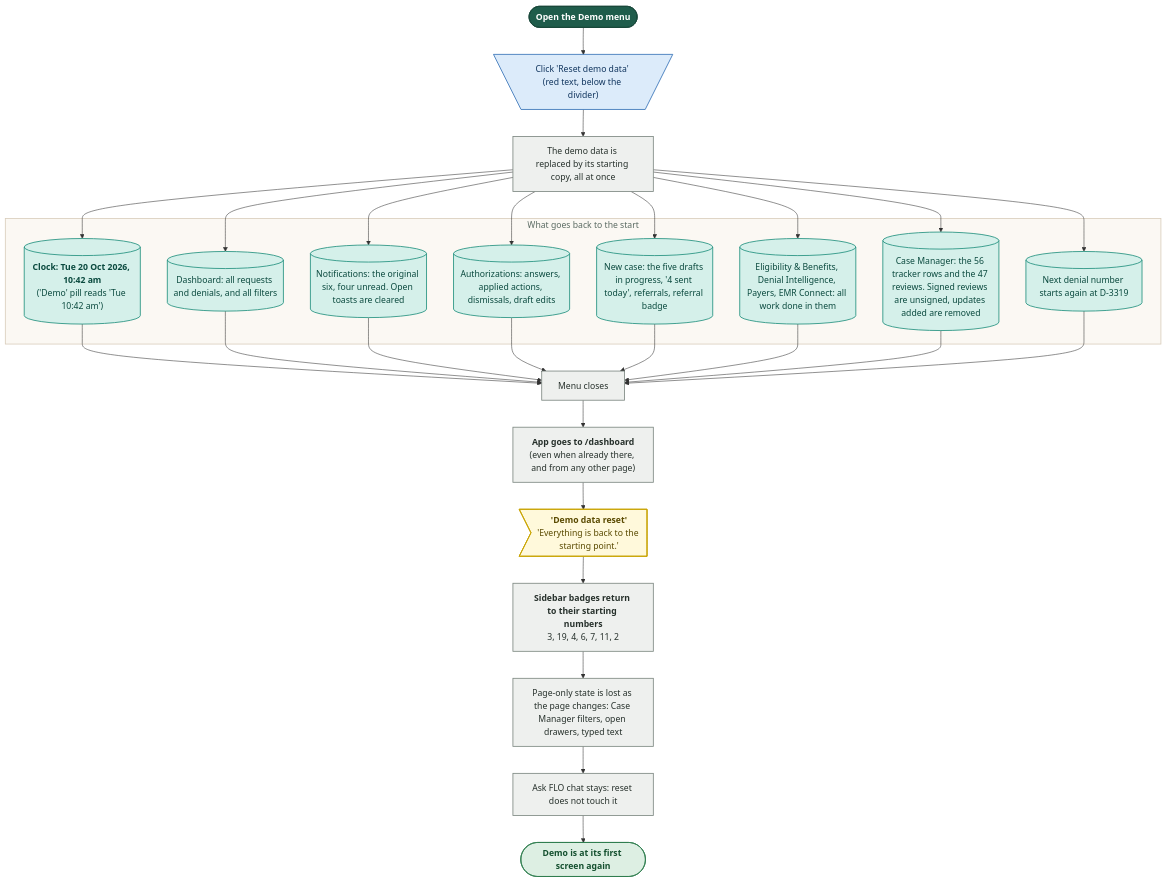
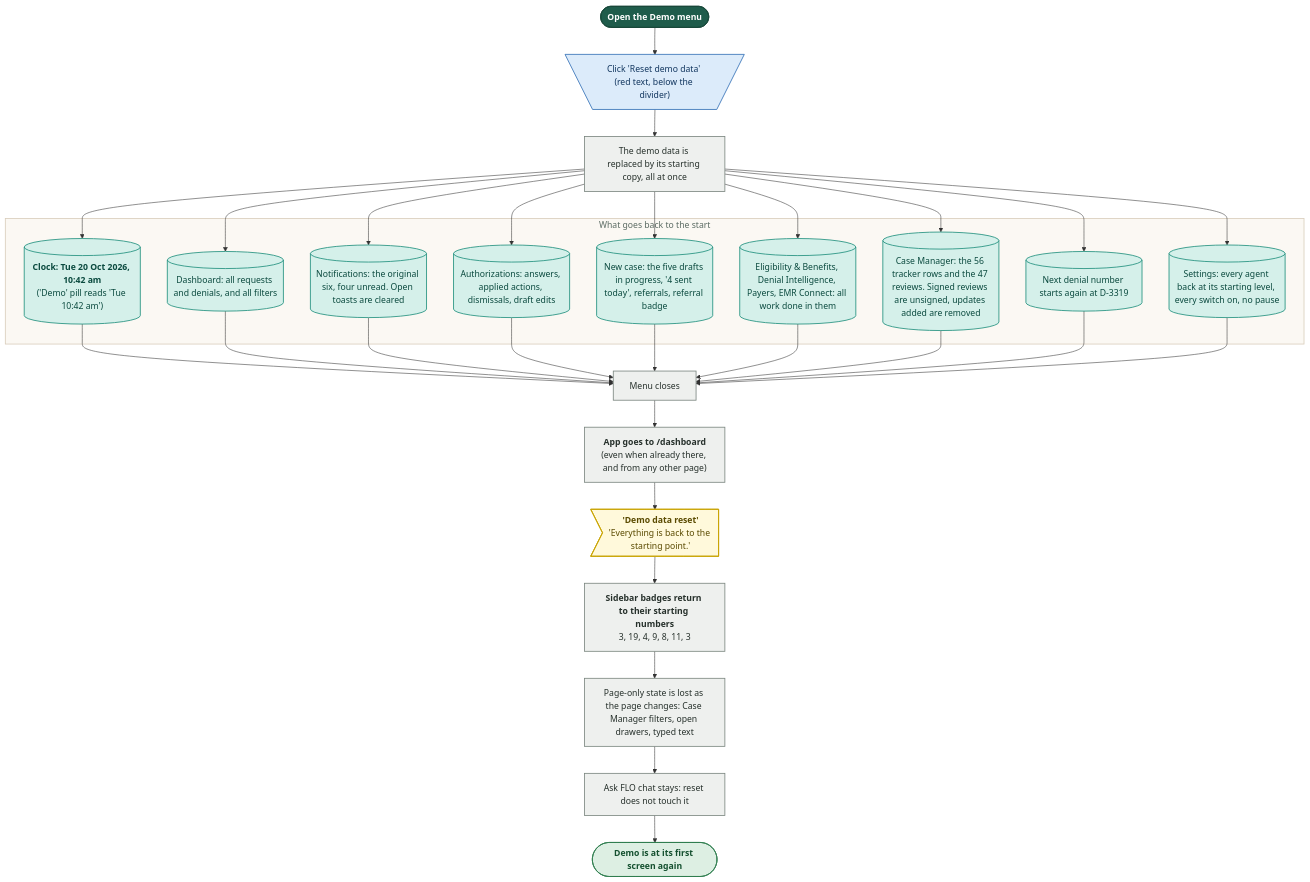
Before and after one commit to Shrav143/psyfloapp: the diagram in demos/prior-auth-demo/workflows/out/mmd/01-global-shell/43-demo-reset.mmd, drawn with Mermaid. The commit also changed 195 other files, not shown here.

First line of the commit message:
docs: Rebuild workflow diagrams after the demo fixes (220 diagrams)

```diff
--- a/demos/prior-auth-demo/workflows/out/mmd/01-global-shell/43-demo-reset.mmd
+++ b/demos/prior-auth-demo/workflows/out/mmd/01-global-shell/43-demo-reset.mmd
@@ -1,49 +1,50 @@
 %%{init: {"theme":"base","themeVariables":{"fontFamily":"'DM Sans', 'Segoe UI', system-ui, sans-serif","fontSize":"15px","lineColor":"#5B6B63","primaryTextColor":"#1C2B25","clusterBkg":"#FBF8F3","clusterBorder":"#D9CDBB","edgeLabelBackground":"#FFFFFF"},"flowchart":{"curve":"basis","nodeSpacing":36,"rankSpacing":48,"padding":12,"htmlLabels":true,"useMaxWidth":false,"wrappingWidth":230}} }%%
 flowchart TD
   classDef k_start fill:#1F5C4B,stroke:#174638,color:#FFFFFF,stroke-width:1.5px,font-weight:600
   classDef k_end fill:#DDEFE3,stroke:#2E7D4F,color:#14502F,stroke-width:1.5px,font-weight:600
   classDef k_endx fill:#FBE3E0,stroke:#C0392B,color:#7A1F16,stroke-width:1.5px,font-weight:600
   classDef k_screen fill:#FFFDF8,stroke:#1F5C4B,color:#1C2B25,stroke-width:2px
   classDef k_overlay fill:#F1F7F3,stroke:#1F5C4B,color:#1C2B25,stroke-width:2px,stroke-dasharray:5 3
   classDef k_click fill:#DCEBFA,stroke:#2F6DB5,color:#12365F,stroke-width:1.5px
   classDef k_input fill:#E4E7FF,stroke:#4C5FD5,color:#1D2670,stroke-width:1.5px
   classDef k_process fill:#EEF0EE,stroke:#7A857F,color:#26302B,stroke-width:1.5px
   classDef k_agent fill:#EEE5FA,stroke:#7A4FC2,color:#341A63,stroke-width:1.5px
   classDef k_decision fill:#FFF0CC,stroke:#D9962B,color:#5C3B00,stroke-width:1.5px
   classDef k_store fill:#D5F0EA,stroke:#1C8E7B,color:#0B4A3F,stroke-width:1.5px
   classDef k_doc fill:#F6E9DC,stroke:#B07A4C,color:#4A2E14,stroke-width:1.5px
   classDef k_ext fill:#FFE6D2,stroke:#E07B39,color:#6B2F06,stroke-width:1.5px
   classDef k_wait fill:#E4E8EE,stroke:#6B7C93,color:#26303D,stroke-width:1.5px
   classDef k_toast fill:#FFF9DB,stroke:#C9A400,color:#5A4A00,stroke-width:1.5px
   classDef k_goto fill:#FFFFFF,stroke:#1F5C4B,color:#1F5C4B,stroke-width:1.5px,stroke-dasharray:5 3
   s1@{ shape: stadium, label: "Open the Demo menu" }
   c1@{ shape: trap-t, label: "Click 'Reset demo data' (red text, below the divider)" }
   p1@{ shape: rect, label: "The demo data is replaced by its starting copy, all at once" }
   subgraph gR ["What goes back to the start"]
   r1@{ shape: cyl, label: "<b>Clock: Tue 20 Oct 2026, 10:42 am</b><br/>('Demo' pill reads 'Tue 10:42 am')" }
   r2@{ shape: cyl, label: "Dashboard: all requests and denials, and all filters" }
   r3@{ shape: cyl, label: "Notifications: the original six, four unread. Open toasts are cleared" }
   r4@{ shape: cyl, label: "Authorizations: answers, applied actions, dismissals, draft edits" }
   r5@{ shape: cyl, label: "New case: the five drafts in progress, '4 sent today', referrals, referral badge" }
   r6@{ shape: cyl, label: "Eligibility & Benefits, Denial Intelligence, Payers, EMR Connect: all work done in them" }
+  r9@{ shape: cyl, label: "Settings: every agent back at its starting level, every switch on, no pause" }
   r7@{ shape: cyl, label: "Case Manager: the 56 tracker rows and the 47 reviews. Signed reviews are unsigned, updates added are removed" }
   r8@{ shape: cyl, label: "Next denial number starts again at D-3319" }
   end
   p2@{ shape: rect, label: "Menu closes" }
   p3@{ shape: rect, label: "<b>App goes to /dashboard</b><br/>(even when already there, and from any other page)" }
   t1@{ shape: odd, label: "<b>'Demo data reset'</b><br/>'Everything is back to the starting point.'" }
-  p4@{ shape: rect, label: "<b>Sidebar badges return to their starting numbers</b><br/>3, 19, 4, 6, 7, 11, 2" }
+  p4@{ shape: rect, label: "<b>Sidebar badges return to their starting numbers</b><br/>3, 19, 4, 9, 8, 11, 3" }
   p5@{ shape: rect, label: "Page-only state is lost as the page changes: Case Manager filters, open drawers, typed text" }
   p6@{ shape: rect, label: "Ask FLO chat stays: reset does not touch it" }
   e1@{ shape: stadium, label: "Demo is at its first screen again" }
   s1 --> c1 --> p1
-  p1 --> r1 & r2 & r3 & r4 & r5 & r6 & r7 & r8
-  r1 & r2 & r3 & r4 & r5 & r6 & r7 & r8 --> p2
+  p1 --> r1 & r2 & r3 & r4 & r5 & r6 & r7 & r8 & r9
+  r1 & r2 & r3 & r4 & r5 & r6 & r7 & r8 & r9 --> p2
   p2 --> p3 --> t1 --> p4 --> p5 --> p6 --> e1
   class s1 k_start
   class c1 k_click
   class p1,p2,p3,p4,p5,p6 k_process
-  class r1,r2,r3,r4,r5,r6,r7,r8 k_store
+  class r1,r2,r3,r4,r5,r6,r9,r7,r8 k_store
   class t1 k_toast
   class e1 k_end
   style gR fill:#FBF8F3,stroke:#D9CDBB,stroke-width:1.5px,color:#5B6B63
```
